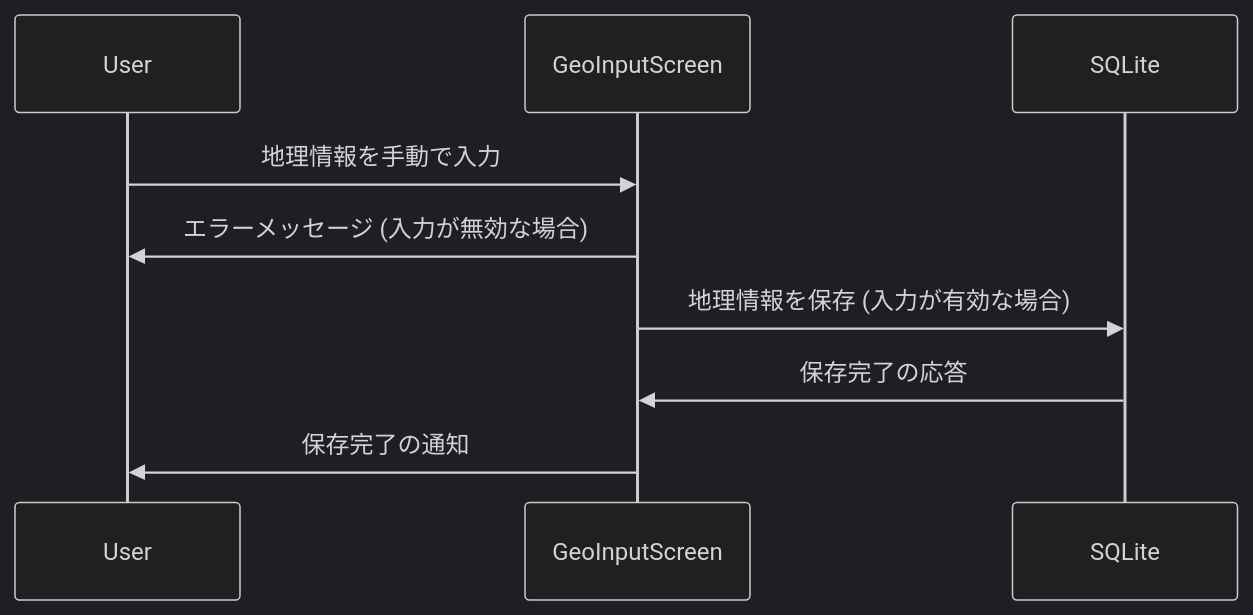
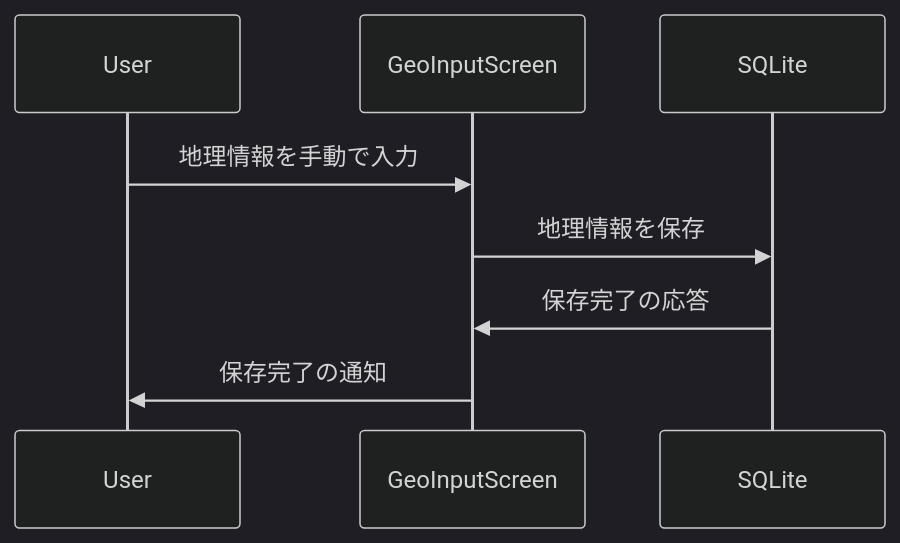
Before and after one commit to Mekann2904/Web-Application-Exercise: the third of 6 diagrams in README.md, drawn with Mermaid (dark theme).

Commit message:
フローの修正

````diff
--- a/README.md
+++ b/README.md
@@ -237,12 +237,12 @@
 ```mermaid
 sequenceDiagram
     participant User
     participant GeoInputScreen
     participant SQLite
 
     User->>GeoInputScreen: 地理情報を手動で入力
-    GeoInputScreen->>User: エラーメッセージ (入力が無効な場合)
-    GeoInputScreen->>SQLite: 地理情報を保存 (入力が有効な場合)
+    GeoInputScreen->>SQLite: 地理情報を保存 
     SQLite->>GeoInputScreen: 保存完了の応答
     GeoInputScreen->>User: 保存完了の通知
+
 ```
````
